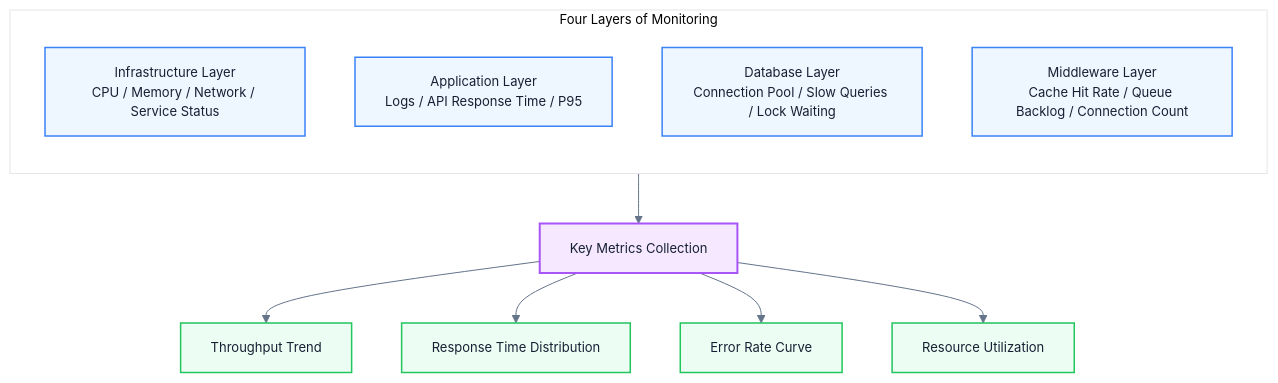
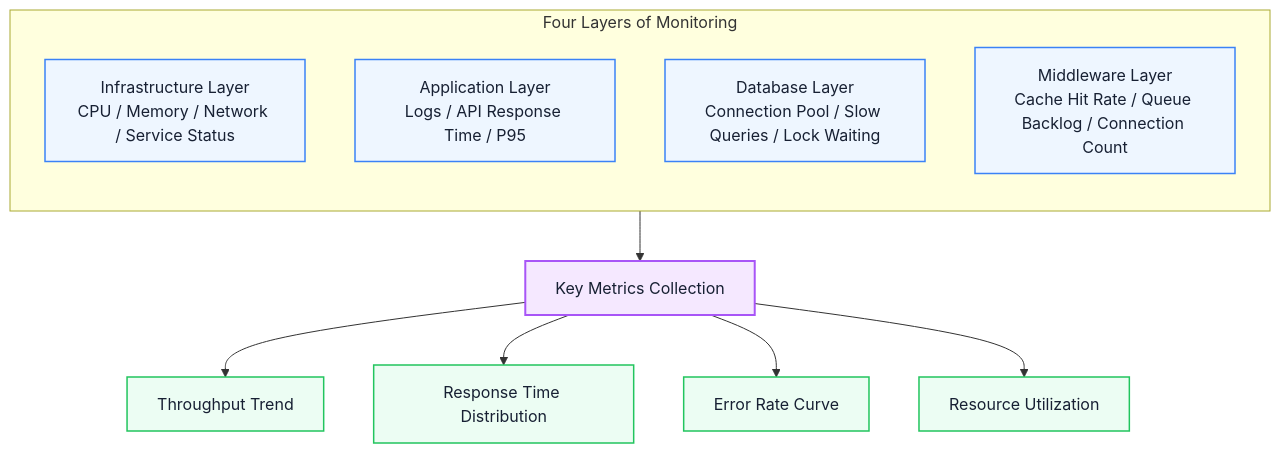
One commit to Fatejian/frontier-vault changed the third of 4 diagrams in docs/en/testing/load-testing-practice.md. Above: the diagram before and after it, drawn with Mermaid. The commit also changed other lines of this file and 41 other files, not shown here.

````diff
--- a/docs/en/testing/load-testing-practice.md
+++ b/docs/en/testing/load-testing-practice.md
@@ -341,28 +306,27 @@
 ```mermaid
-%%{init: {'theme': 'base', 'themeVariables': { 'fontFamily': 'Inter, PingFang SC, Microsoft YaHei, sans-serif', 'primaryColor': '#F8FAFC', 'primaryTextColor': '#172033', 'primaryBorderColor': '#CBD5E1', 'lineColor': '#64748B', 'fontSize': '13px'}}}%%
 flowchart TB
     subgraph Monitor["Four Layers of Monitoring"]
         direction TB
         M1["Infrastructure Layer<br/>CPU / Memory / Network / Service Status"]
         M2["Application Layer<br/>Logs / API Response Time / P95"]
         M3["Database Layer<br/>Connection Pool / Slow Queries / Lock Waiting"]
         M4["Middleware Layer<br/>Cache Hit Rate / Queue Backlog / Connection Count"]
     end
 
     Metrics["Key Metrics Collection"]
 
     Monitor --> Metrics
 
     Metrics --> A1["Throughput Trend"]
     Metrics --> A2["Response Time Distribution"]
     Metrics --> A3["Error Rate Curve"]
     Metrics --> A4["Resource Utilization"]
 
-    classDef monitor fill:#EEF6FF,stroke:#3B82F6,color:#172033,stroke-width:1.5px;
+    classDef wait fill:#EEF6FF,stroke:#3B82F6,color:#172033,stroke-width:1.5px;
     classDef metric fill:#F5E8FF,stroke:#A855F7,color:#172033,stroke-width:2px;
-    classDef analysis fill:#ECFDF3,stroke:#22C55E,color:#172033,stroke-width:1.5px;
+    classDef work fill:#ECFDF3,stroke:#22C55E,color:#172033,stroke-width:1.5px;
 
-    class M1,M2,M3,M4 monitor;
+    class M1,M2,M3,M4 wait;
     class Metrics metric;
-    class A1,A2,A3,A4 analysis;
+    class A1,A2,A3,A4 work;
 ```
````
